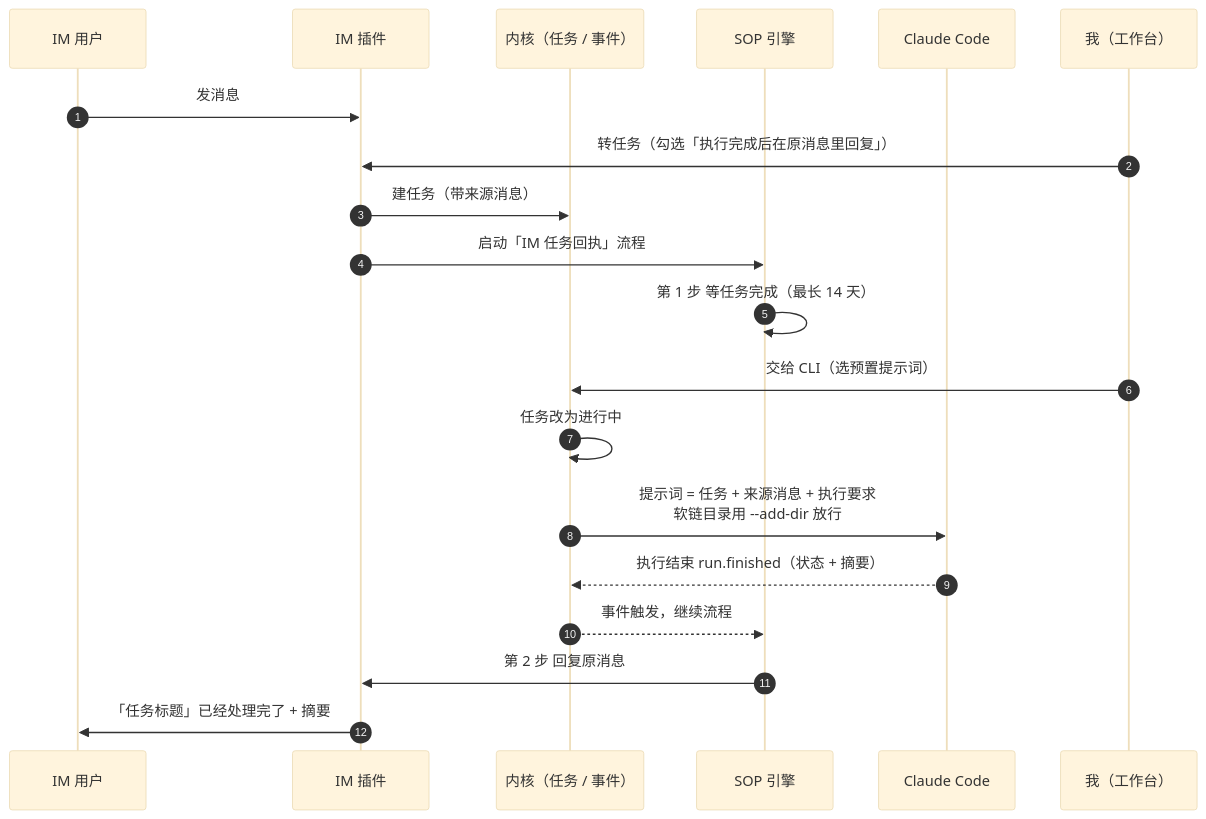
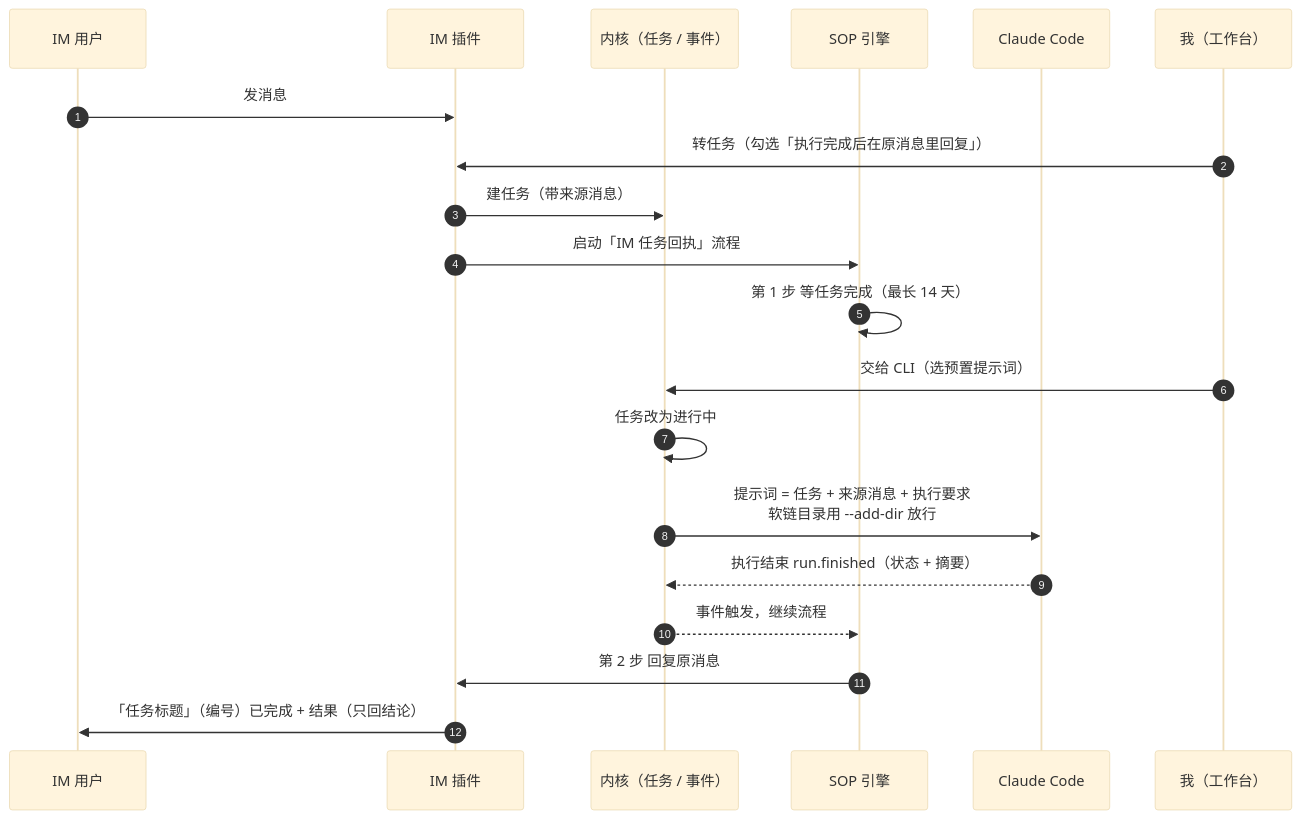
The diagram in docs/assets/system-overview-mmd-3.mmd (lizhao903/pm-workspace), drawn with Mermaid (base theme) before and after one commit. The commit also changed 5 other files, not shown here.

```diff
--- a/docs/assets/system-overview-mmd-3.mmd
+++ b/docs/assets/system-overview-mmd-3.mmd
@@ -1,21 +1,21 @@
 sequenceDiagram
   autonumber
   participant IMU as IM 用户
   participant IM as IM 插件
   participant K as 内核（任务 / 事件）
   participant SOP as SOP 引擎
   participant CLI as Claude Code
   participant ME as 我（工作台）
 
   IMU->>IM: 发消息
   ME->>IM: 转任务（勾选「执行完成后在原消息里回复」）
   IM->>K: 建任务（带来源消息）
   IM->>SOP: 启动「IM 任务回执」流程
   SOP->>SOP: 第 1 步 等任务完成（最长 14 天）
   ME->>K: 交给 CLI（选预置提示词）
   K->>K: 任务改为进行中
   K->>CLI: 提示词 = 任务 + 来源消息 + 执行要求<br/>软链目录用 --add-dir 放行
   CLI-->>K: 执行结束 run.finished（状态 + 摘要）
   K-->>SOP: 事件触发，继续流程
   SOP->>IM: 第 2 步 回复原消息
-  IM->>IMU: 「任务标题」已经处理完了 + 摘要
+  IM->>IMU: 「任务标题」（编号）已完成 + 结果（只回结论）
```
